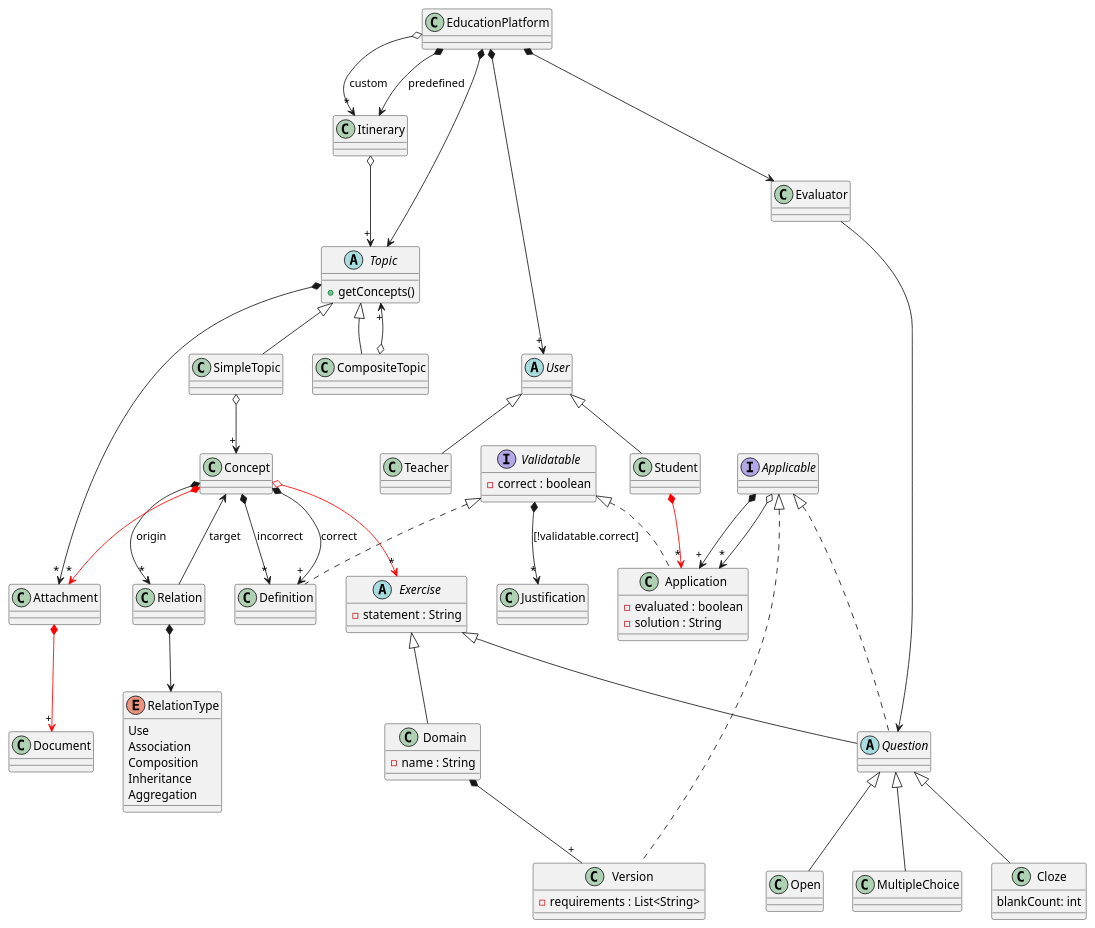
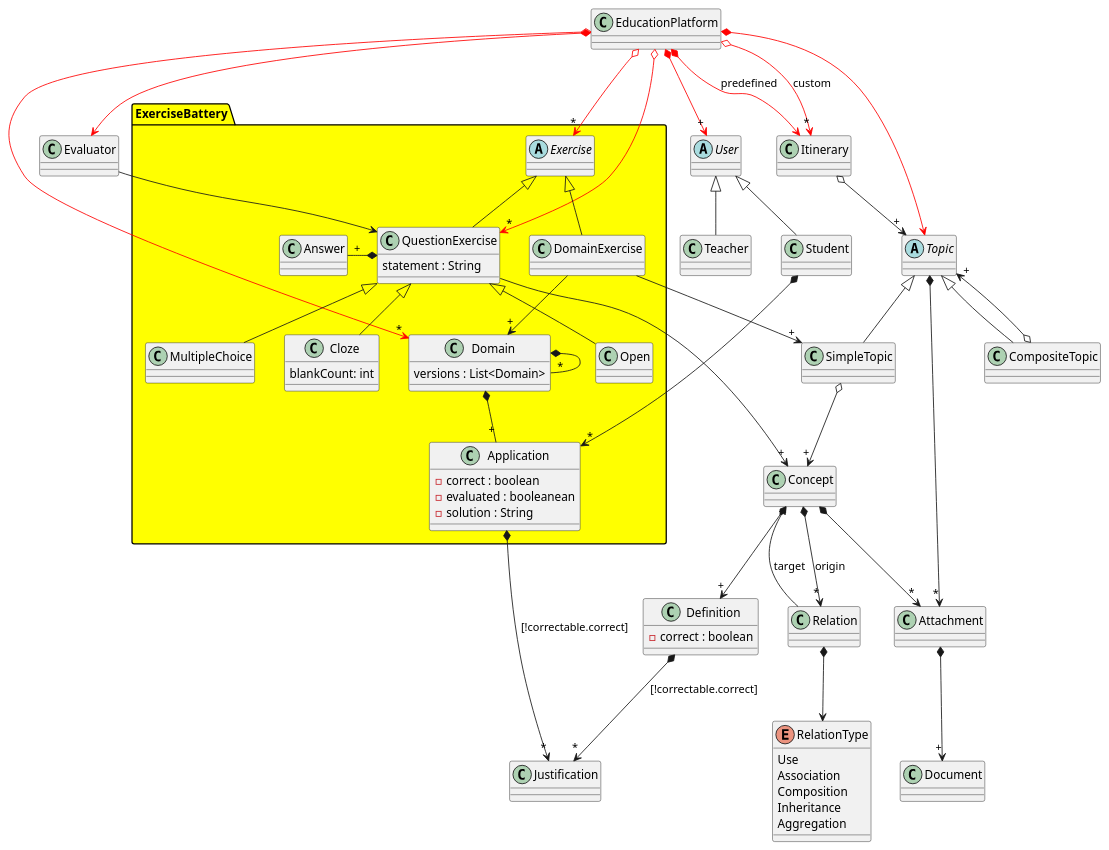
The diagram in Diagrams/EducationPlatform/Domain.puml (jumpering/lab-turing), drawn with PlantUML before and after one commit.

Commit message:
Last tutorial corrections

```diff
--- a/Diagrams/EducationPlatform/Domain.puml
+++ b/Diagrams/EducationPlatform/Domain.puml
@@ -1,124 +1,128 @@
 @startuml EducationPlatformDomain
 
-EducationPlatform *--> "+" User
-EducationPlatform *--> Topic
-EducationPlatform *--> Itinerary : predefined
-EducationPlatform o--> "*" Itinerary : custom
-EducationPlatform *--> Evaluator
+EducationPlatform *-[#red]-> "+" User
+EducationPlatform *-[#red]-> Topic
+EducationPlatform *-[#red]-> Itinerary : predefined
+EducationPlatform o-[#red]-> "*" Itinerary : custom
+EducationPlatform *-[#red]-> Evaluator
+EducationPlatform o-[#red]-> "*" ExerciseBattery.Exercise
+EducationPlatform o-[#red]-> "*" ExerciseBattery.QuestionExercise
+EducationPlatform o-[#red]-> "*" ExerciseBattery.Domain
 
 abstract User{
 }
 
 User <|-- Teacher
 User <|-- Student
 
 class Teacher{
 }
 
 class Student{
 }
-Student *-[#red]-> "*" Application
+Student *--> "*" ExerciseBattery.Application
 
 class Evaluator{
 }
-Evaluator --> Question
+Evaluator --> QuestionExercise
 
 class Itinerary {
 }
 Itinerary o--> "+" Topic
 
 class Definition {
+    - correct : boolean
 }
+Definition *--> "*" Justification:[!correctable.correct]
 
 class Justification {
 }
 
-class Domain {
-    - name : String
-}
-Domain *-- "+" Version
-
-interface Applicable{
-}
-Applicable <|.. Version
-Applicable <|.. Question
-Applicable *-->"+" Application
-Applicable o-->"*" Application
-
-class Version{
-    - requirements : List<String>
-}
-
-abstract Exercise {
-    - statement : String
-}
-Exercise <|-down- Domain
-Exercise <|-down- Question
-
-abstract Question{
-}
-Question <|-- MultipleChoice
-Question <|-- Cloze
-Question <|-- Open
-
-class Cloze{
-    blankCount: int
-}
-  
-class MultipleChoice{
-}
-
-class Application{
-    - evaluated : boolean
-    - solution : String
-}
-
-interface Validatable{
-    - correct : boolean
-}
-Validatable <|.. Application
-Validatable <|.. Definition
-Validatable *--> "*" Justification:[!validatable.correct]
 
 abstract Topic{
-    + getConcepts()
 }
 Topic <|-- CompositeTopic
 Topic <|-- SimpleTopic
 Topic *--> "*" Attachment
 
 class Attachment{
 }
-Attachment *-[#red]-> "+" Document
+Attachment *--> "+" Document
 
 class SimpleTopic{
 }
 SimpleTopic o--> "+" Concept
 
 class CompositeTopic{
 }
 CompositeTopic o--> "+" Topic
 
 class Document{}
 
 class Concept{
 }
-Concept *-down-> "+" Definition : correct
-Concept *-down-> "*" Definition : incorrect
+Concept *-down-> "+" Definition
 Concept *-down-> "*" Relation : origin
-Concept *-down[#red]-> "*" Attachment
-Concept o-down[#red]-> "*" Exercise
+Concept *-down-> "*" Attachment
 
 class Relation {
 }
 Relation --> Concept : target
 Relation *-down-> RelationType
 
 enum RelationType {
     Use
     Association
     Composition
     Inheritance
     Aggregation
 } 
+
+package ExerciseBattery #yellow{
+
+    abstract Exercise {
+    }
+    Exercise <|-- QuestionExercise
+    Exercise <|-- DomainExercise
+
+    class DomainExercise{
+
+    }
+    DomainExercise --> "+" Domain
+    DomainExercise --> "+" SimpleTopic
+
+    class Domain{
+        versions : List<Domain>
+    }
+    Domain *-- "*" Domain
+    Domain *-- "+" ExerciseBattery.Application
+   
+    class QuestionExercise{
+        statement : String
+    }
+    QuestionExercise <|-- MultipleChoice
+    QuestionExercise <|-- Cloze
+    QuestionExercise <|-- Open
+    QuestionExercise --> "+" Concept
+    QuestionExercise *-left- "+" Answer
+
+    class Cloze{
+        blankCount: int
+    }
+    
+    class MultipleChoice{
+    }
+
+    class Application{
+        - correct : boolean
+        - evaluated : booleanean
+        - solution : String
+    }
+    Application *--> "*" Justification:[!correctable.correct]
+
+
+}
+
+
+
 @enduml
```
